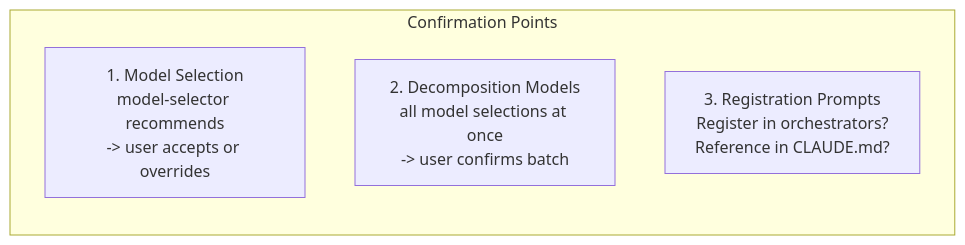
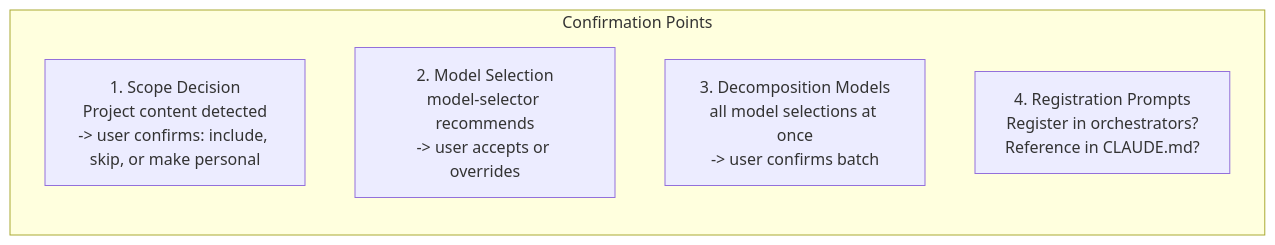
Before and after one commit to DigitalCowboyN/claude-asset-writer: the eighth of 8 diagrams in docs/architecture.md, drawn with Mermaid. The commit also changed other lines of this file and 10 other files, not shown here.

First line of the commit message:
Add scope detection, model selection, and complexity decomposition

````diff
--- a/docs/architecture.md
+++ b/docs/architecture.md
@@ -187,9 +222,10 @@
 ```mermaid
 flowchart LR
     subgraph Confirmation Points
         direction TB
-        p1["1. Model Selection\nmodel-selector recommends\n-> user accepts or overrides"]
-        p2["2. Decomposition Models\nall model selections at once\n-> user confirms batch"]
-        p3["3. Registration Prompts\nRegister in orchestrators?\nReference in CLAUDE.md?"]
+        p0["1. Scope Decision\nProject content detected\n-> user confirms: include, skip, or make personal"]
+        p1["2. Model Selection\nmodel-selector recommends\n-> user accepts or overrides"]
+        p2["3. Decomposition Models\nall model selections at once\n-> user confirms batch"]
+        p3["4. Registration Prompts\nRegister in orchestrators?\nReference in CLAUDE.md?"]
     end
 ```
````
